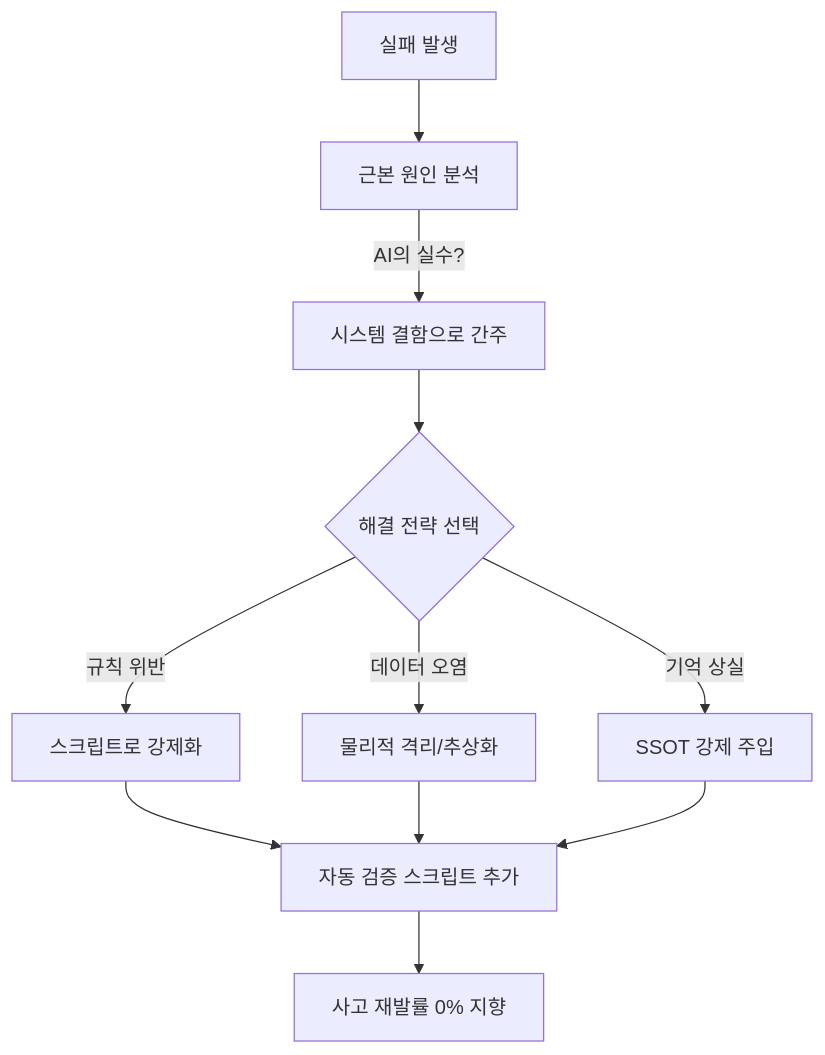
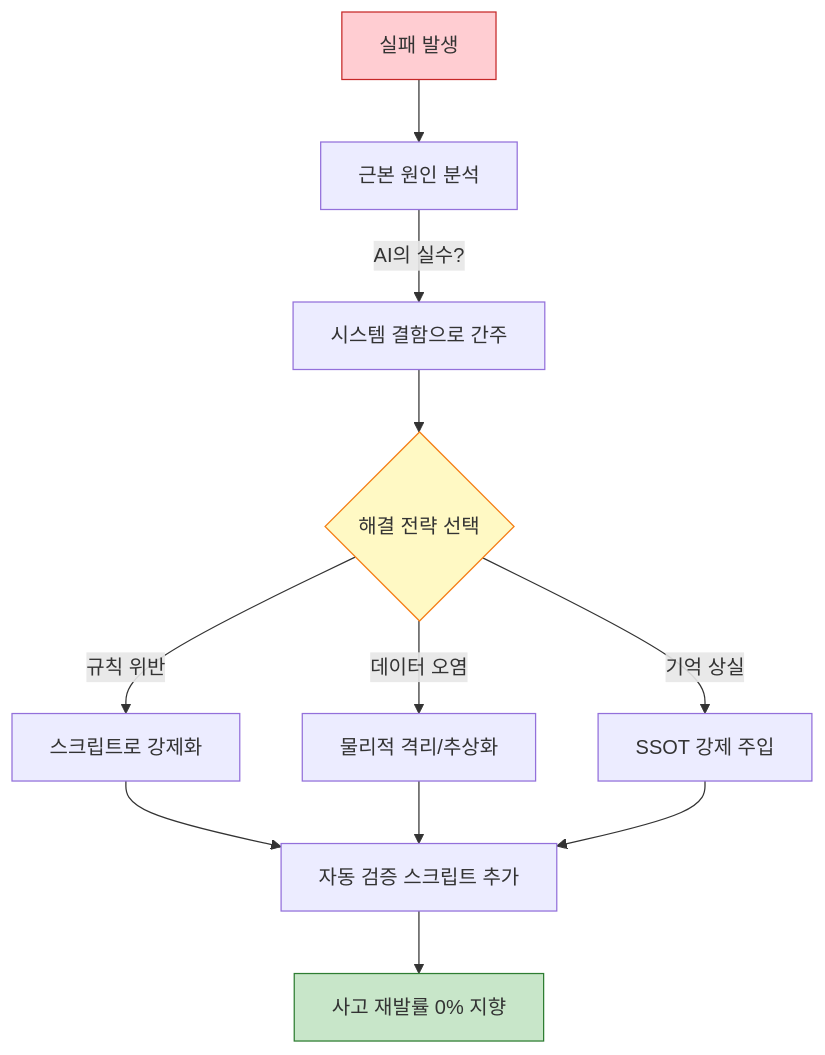
Before and after one commit to pheanor-agent/p-hermes: the diagram in docs/blog/posts/lessons-from-failures.md, drawn with Mermaid. The commit also changed other lines of this file and 14 other files, not shown here.

````diff
--- a/docs/blog/posts/lessons-from-failures.md
+++ b/docs/blog/posts/lessons-from-failures.md
@@ -53,13 +174,19 @@
 ```mermaid
 graph TD
     Error[실패 발생] --> Analysis[근본 원인 분석]
     Analysis --> |AI의 실수?| No[시스템 결함으로 간주]
-    No --> Strategy{해결 전략 선택}
-    
+
+    Strategy{해결 전략 선택}
+    No --> Strategy
+
     Strategy --> |규칙 위반| S1[스크립트로 강제화]
     Strategy --> |데이터 오염| S2[물리적 격리/추상화]
     Strategy --> |기억 상실| S3[SSOT 강제 주입]
-    
+
     S1 & S2 & S3 --> Verify[자동 검증 스크립트 추가]
     Verify --> Done[사고 재발률 0% 지향]
+
+    style Error fill:#ffcdd2,stroke:#c62828
+    style Strategy fill:#fff9c4,stroke:#f57f17
+    style Done fill:#c8e6c9,stroke:#2e7d32
 ```
````
